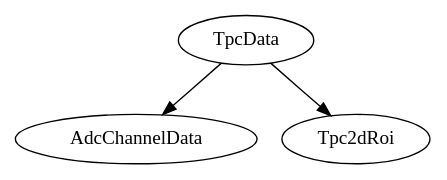
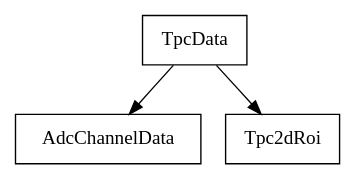
One commit to DUNE/dunecore changed the diagram in dunecore/DuneInterface/Data/doc/dataprep.dot. Above: the diagram before and after it, drawn with Graphviz. The commit also changed 3 other files, not shown here.

Commit message:
Update TpcData plot.

```diff
--- a/dunecore/DuneInterface/Data/doc/dataprep.dot
+++ b/dunecore/DuneInterface/Data/doc/dataprep.dot
@@ -1,7 +1,7 @@
 digraph deps {
- TpcData [label="TpcData"]
- AdcChannelData [label="AdcChannelData"]
- Tpc2dRoi [label="Tpc2dRoi"]
+ TpcData [label="TpcData" shape="rect"]
+ AdcChannelData [label="AdcChannelData" shape="rect"]
+ Tpc2dRoi [label="Tpc2dRoi" shape="rect"]
  TpcData -> AdcChannelData
  TpcData -> Tpc2dRoi
 }
```
